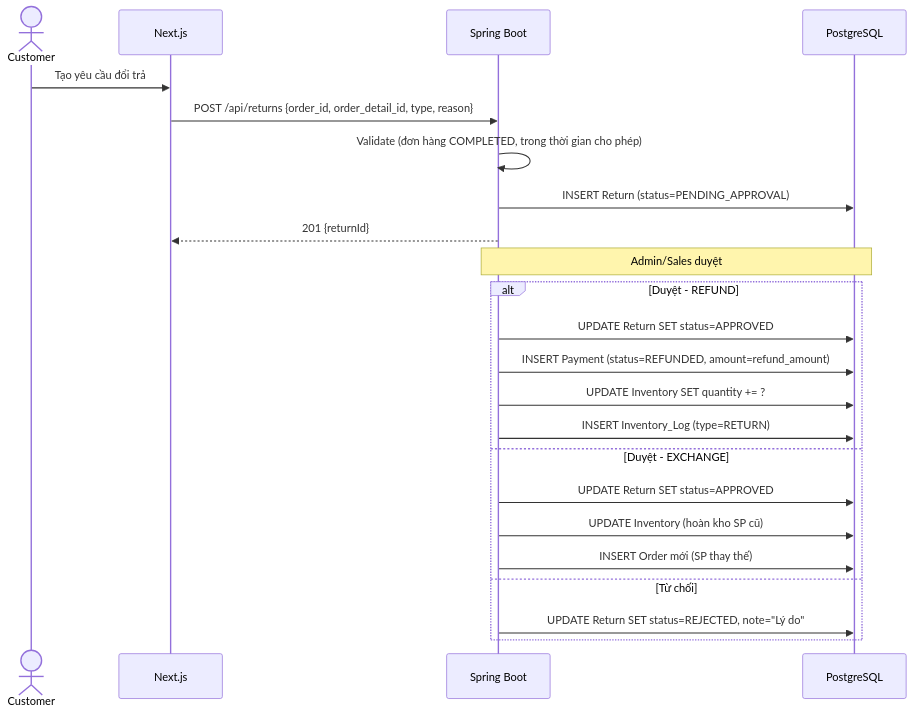
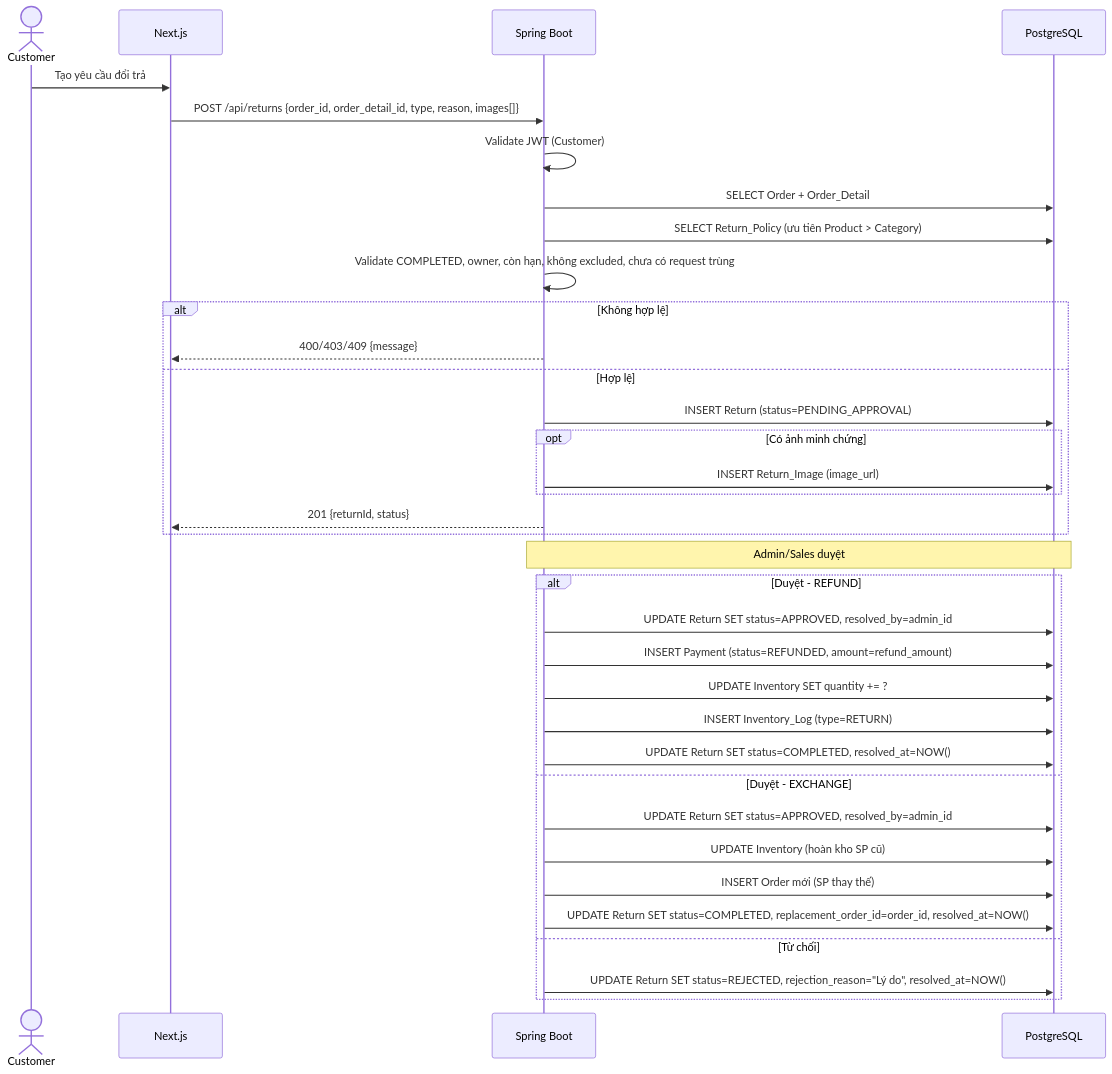
The fifth of 8 diagrams in docs/software_design_document.md (huuhieu56/PC-Parts-ECommerce), drawn with Mermaid before and after one commit. The commit also changed other lines of this file and 13 other files, not shown here.

First line of the commit message:
feat: Enhance return request and policy management

````diff
--- a/docs/software_design_document.md
+++ b/docs/software_design_document.md
@@ -1262,28 +1300,41 @@
 ```mermaid
 sequenceDiagram
     actor Customer
     participant FE as Next.js
     participant BE as Spring Boot
     participant DB as PostgreSQL
 
     Customer->>FE: Tạo yêu cầu đổi trả
-    FE->>BE: POST /api/returns {order_id, order_detail_id, type, reason}
-    BE->>BE: Validate (đơn hàng COMPLETED, trong thời gian cho phép)
-    BE->>DB: INSERT Return (status=PENDING_APPROVAL)
-    BE-->>FE: 201 {returnId}
+    FE->>BE: POST /api/returns {order_id, order_detail_id, type, reason, images[]}
+    BE->>BE: Validate JWT (Customer)
+    BE->>DB: SELECT Order + Order_Detail
+    BE->>DB: SELECT Return_Policy (ưu tiên Product > Category)
+    BE->>BE: Validate COMPLETED, owner, còn hạn, không excluded, chưa có request trùng
+
+    alt Không hợp lệ
+        BE-->>FE: 400/403/409 {message}
+    else Hợp lệ
+        BE->>DB: INSERT Return (status=PENDING_APPROVAL)
+        opt Có ảnh minh chứng
+            BE->>DB: INSERT Return_Image (image_url)
+        end
+        BE-->>FE: 201 {returnId, status}
+    end
 
     Note over BE,DB: Admin/Sales duyệt
     
     alt Duyệt - REFUND
-        BE->>DB: UPDATE Return SET status=APPROVED
+        BE->>DB: UPDATE Return SET status=APPROVED, resolved_by=admin_id
         BE->>DB: INSERT Payment (status=REFUNDED, amount=refund_amount)
         BE->>DB: UPDATE Inventory SET quantity += ?
         BE->>DB: INSERT Inventory_Log (type=RETURN)
+        BE->>DB: UPDATE Return SET status=COMPLETED, resolved_at=NOW()
     else Duyệt - EXCHANGE
-        BE->>DB: UPDATE Return SET status=APPROVED
+        BE->>DB: UPDATE Return SET status=APPROVED, resolved_by=admin_id
         BE->>DB: UPDATE Inventory (hoàn kho SP cũ)
         BE->>DB: INSERT Order mới (SP thay thế)
+        BE->>DB: UPDATE Return SET status=COMPLETED, replacement_order_id=order_id, resolved_at=NOW()
     else Từ chối
-        BE->>DB: UPDATE Return SET status=REJECTED, note="Lý do"
+        BE->>DB: UPDATE Return SET status=REJECTED, rejection_reason="Lý do", resolved_at=NOW()
     end
 ```
````
